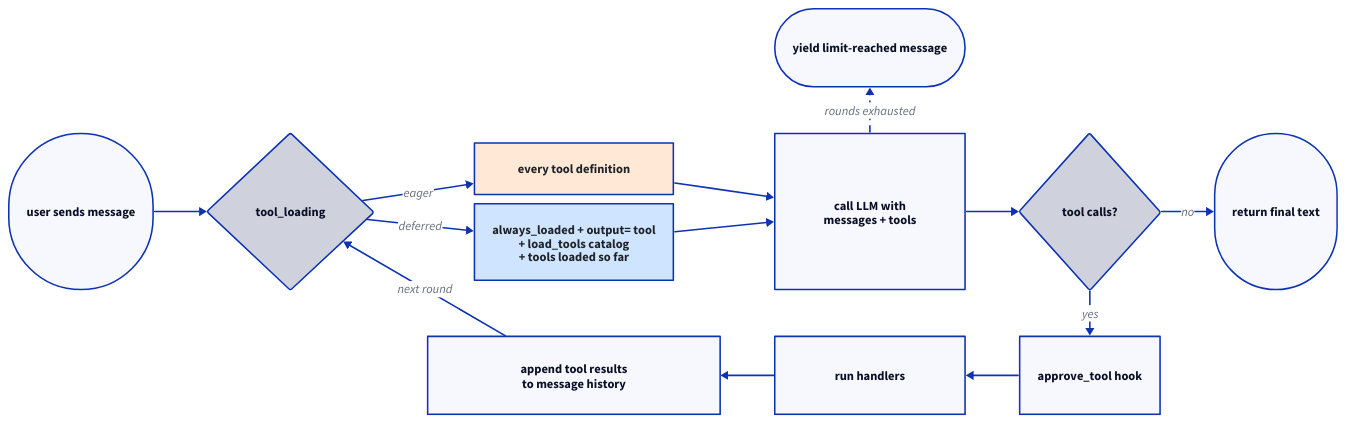
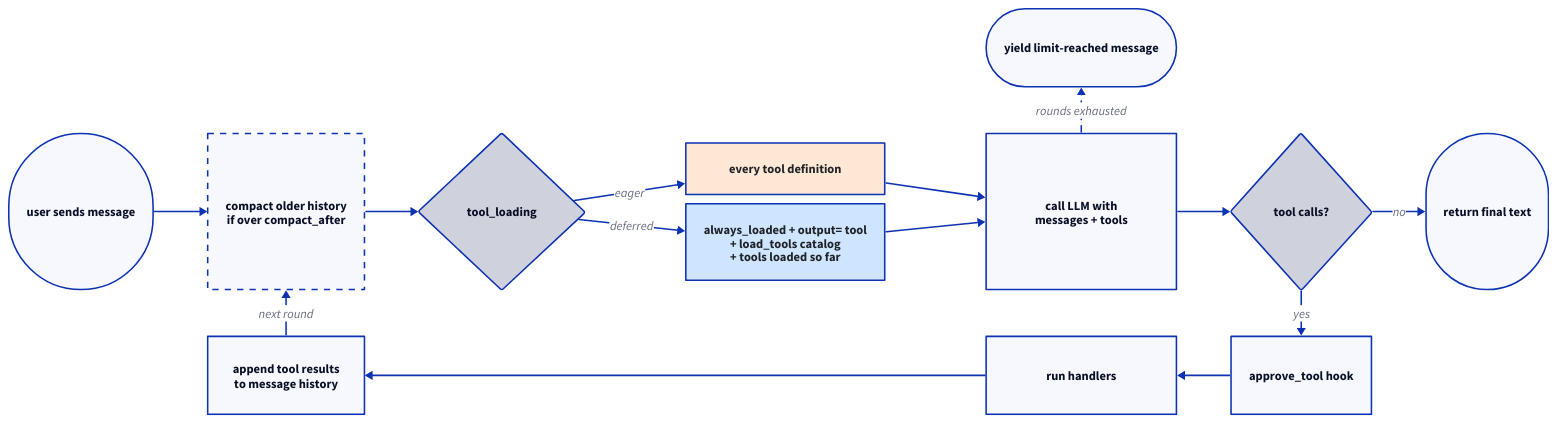
Before and after one commit to polarsen-io/padwan-ai: the diagram in docs/static/agents/loop.d2, drawn with D2. The commit also changed 2 other files, not shown here.

Commit message:
docs(agents): show history compaction in the loop diagram (#173)

```diff
--- a/docs/static/agents/loop.d2
+++ b/docs/static/agents/loop.d2
@@ -1,45 +1,49 @@
 # Regenerate with `just gen-diagrams`.
 grid-rows: 3
-grid-columns: 6
+grid-columns: 7
 horizontal-gap: 70
 vertical-gap: 60
 classes: {
   gap: {label: ""; style.fill: transparent; style.stroke: transparent}
   pill: {style.border-radius: 999}
 }
 x1.class: gap
 x2.class: gap
 x3.class: gap
+x9.class: gap
 limit: "yield limit-reached message" {class: pill}
 x4.class: gap
 x5.class: gap
 start: "user sends message" {class: pill}
+compact: "compact older history\nif over compact_after" {style.stroke-dash: 4}
 pick: "tool_loading" {shape: diamond}
 defs: "" {
   style.fill: transparent; style.stroke: transparent
   grid-rows: 2
   vertical-gap: 12
   eager: "every tool definition" {style.fill: "#ffe8d6"; style.font-color: "#1f2328"}
   deferred: "always_loaded + output= tool\n+ load_tools catalog\n+ tools loaded so far" {style.fill: "#cfe5ff"; style.font-color: "#1f2328"}
 }
 call: "call LLM with\nmessages + tools"
 resp: "tool calls?" {shape: diamond}
 done: "return final text" {class: pill}
 x6.class: gap
+append: "append tool results\nto message history"
 x7.class: gap
-append: "append tool results\nto message history"
+x11.class: gap
 dispatch: "run handlers"
 approve: "approve_tool hook"
 x8.class: gap
-start -> pick
+start -> compact
+compact -> pick
 pick -> defs.eager: eager
 pick -> defs.deferred: deferred
 defs.eager -> call
 defs.deferred -> call
 call -> resp
 resp -> done: no
 resp -> approve: yes
 approve -> dispatch
 dispatch -> append
-append -> pick: next round
+append -> compact: next round
 call -> limit: rounds exhausted {style.stroke-dash: 4}
```
